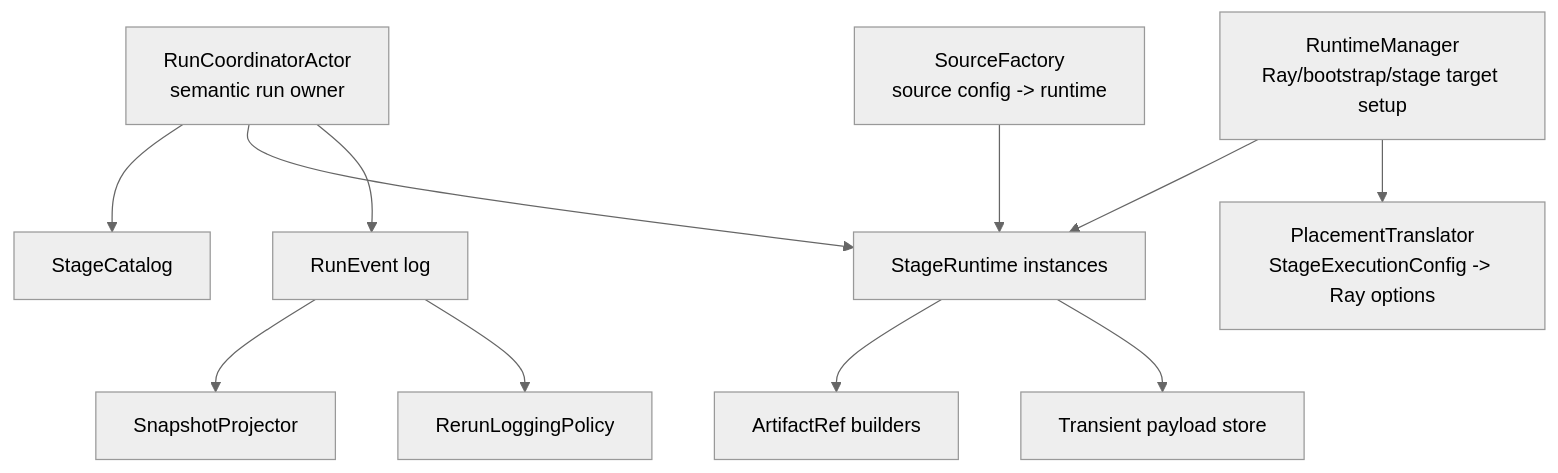
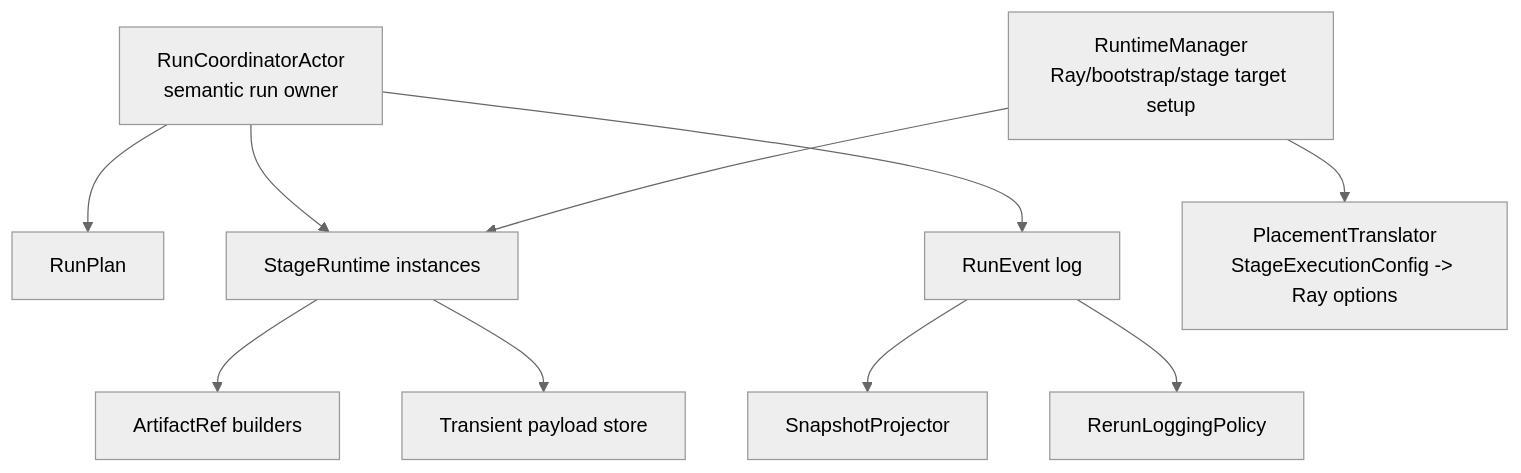
The sixth of 13 diagrams in docs/architecture/pipeline-stage-refactor-target.md (JanDuchscherer104/prml-vslam), drawn with Mermaid (neutral theme) before and after one commit. The commit also changed other lines of this file and 1 other file, not shown here.

Commit message:
docs: update refactor plan

````diff
--- a/docs/architecture/pipeline-stage-refactor-target.md
+++ b/docs/architecture/pipeline-stage-refactor-target.md
@@ -672,27 +723,25 @@
 ```mermaid
 flowchart TB
     Coordinator["RunCoordinatorActor<br/>semantic run owner"]
-    Catalog["StageCatalog"]
+    Plan["RunPlan"]
     StageRuntime["StageRuntime instances"]
     Events["RunEvent log"]
     Projector["SnapshotProjector"]
 
     RuntimeManager["RuntimeManager<br/>Ray/bootstrap/stage target setup"]
-    SourceFactory["SourceFactory<br/>source config -> runtime"]
     Placement["PlacementTranslator<br/>StageExecutionConfig -> Ray options"]
     ArtifactMapper["ArtifactRef builders"]
     RerunPolicy["RerunLoggingPolicy"]
     PayloadStore["Transient payload store"]
 
-    Coordinator --> Catalog
+    Coordinator --> Plan
     Coordinator --> StageRuntime
     Coordinator --> Events
     Events --> Projector
 
     RuntimeManager --> StageRuntime
     RuntimeManager --> Placement
-    SourceFactory --> StageRuntime
     StageRuntime --> ArtifactMapper
     Events --> RerunPolicy
     StageRuntime --> PayloadStore
 ```
````
